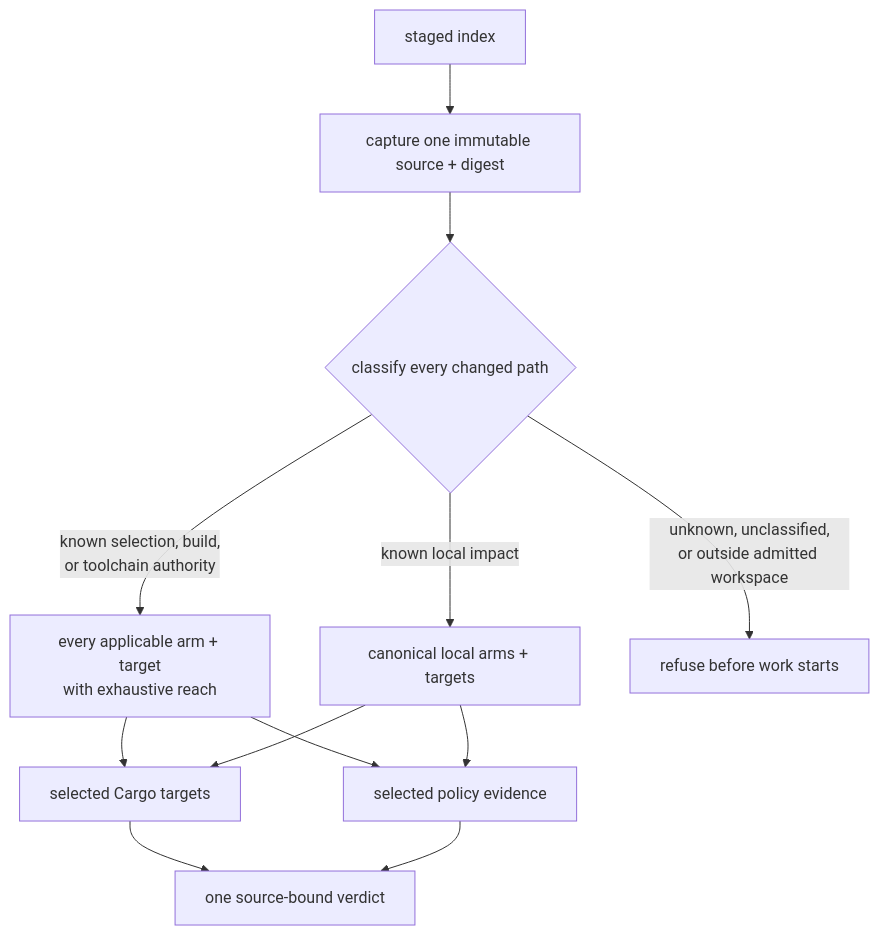
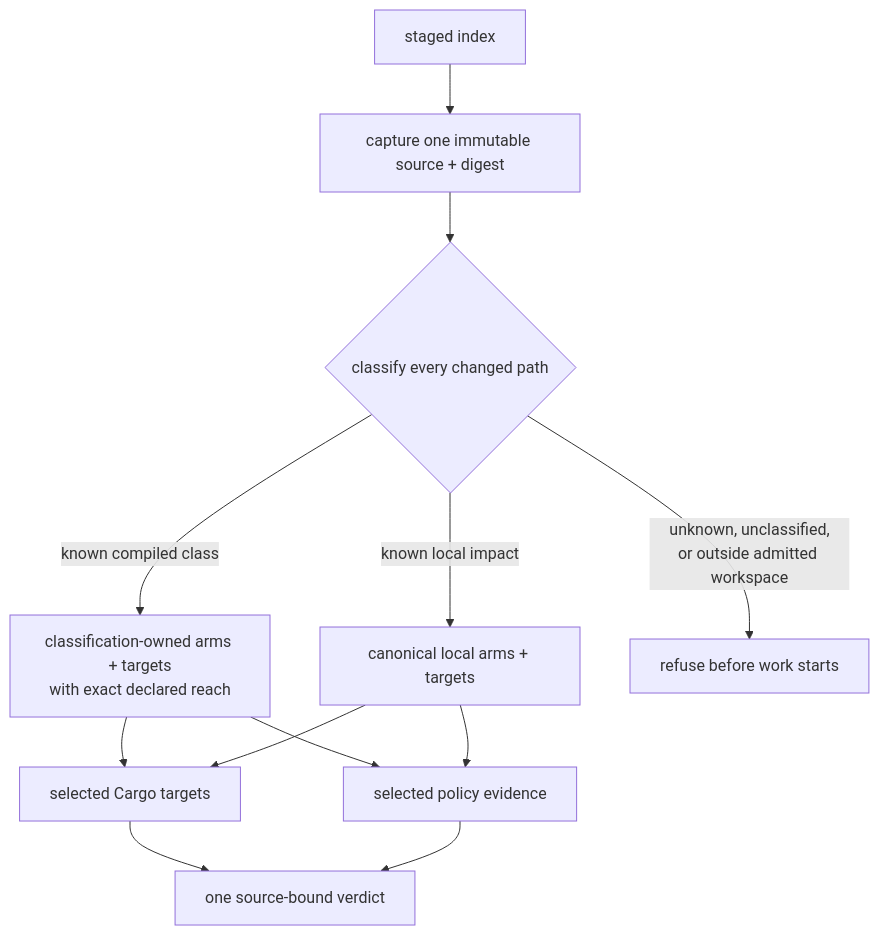
One commit to infimalabs/spice-rust changed the first of 13 diagrams in docs/product/checks.md. Above: the diagram before and after it, drawn with Mermaid. The commit also changed other lines of this file and 120 other files, not shown here.

````diff
--- a/docs/product/checks.md
+++ b/docs/product/checks.md
@@ -23,14 +23,14 @@
 ```mermaid
 flowchart TD
   I["staged index"] --> C["capture one immutable source + digest"]
   C --> S{"classify every changed path"}
   S -- "known local impact" --> A["canonical local arms + targets"]
-  S -- "known selection, build,<br/>or toolchain authority" --> E["every applicable arm + target<br/>with exhaustive reach"]
+  S -- "known compiled class" --> E["classification-owned arms + targets<br/>with exact declared reach"]
   S -- "unknown, unclassified,<br/>or outside admitted workspace" --> R["refuse before work starts"]
   E --> T
   E --> P
   A --> T["selected Cargo targets"]
   A --> P["selected policy evidence"]
   T --> V["one source-bound verdict"]
   P --> V
 ```
````
